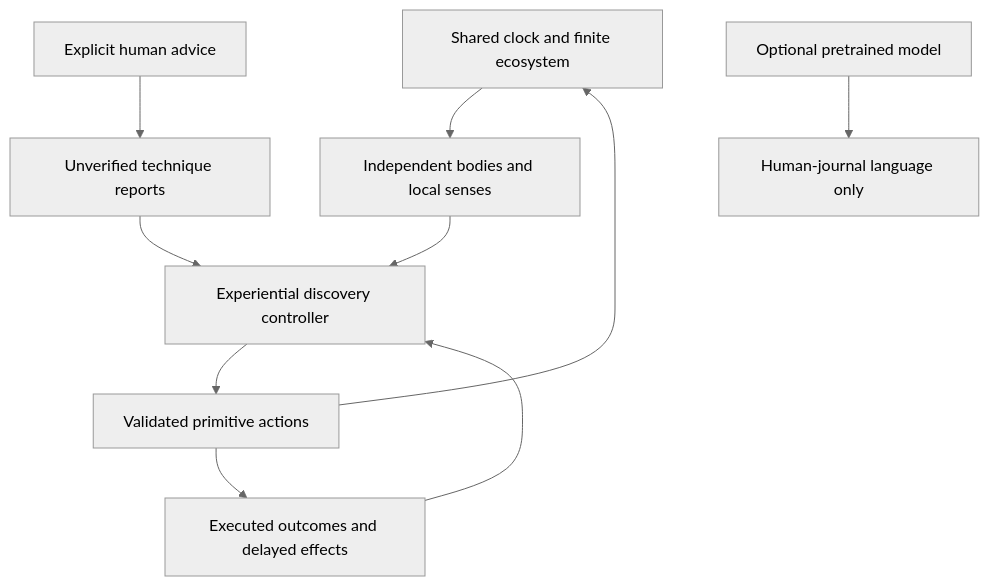
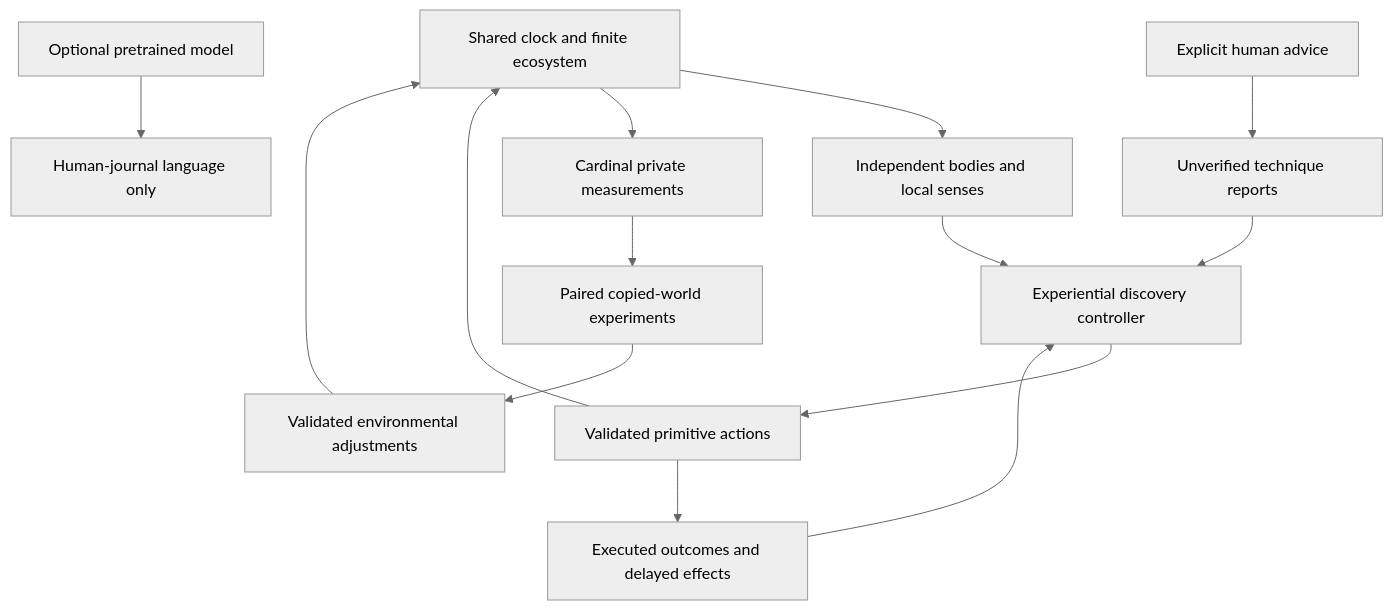
Before and after one commit to kumori-i/aincrad: the diagram in docs/architecture.md, drawn with Mermaid (neutral theme). The commit also changed other lines of this file and 49 other files, not shown here.

First line of the commit message:
Add adaptive Cardinal world governance and a live valley atlas

````diff
--- a/docs/architecture.md
+++ b/docs/architecture.md
@@ -7,12 +7,16 @@
 ```mermaid
 flowchart TD
     W["Shared clock and finite ecosystem"] --> B["Independent bodies and local senses"]
     B --> C["Experiential discovery controller"]
     C --> A["Validated primitive actions"]
     A --> W
     A --> E["Executed outcomes and delayed effects"]
     E --> C
     H["Explicit human advice"] --> R["Unverified technique reports"]
     R --> C
     L["Optional pretrained model"] --> J["Human-journal language only"]
+    W --> O["Cardinal private measurements"]
+    O --> X["Paired copied-world experiments"]
+    X --> RUL["Validated environmental adjustments"]
+    RUL --> W
 ```
````
